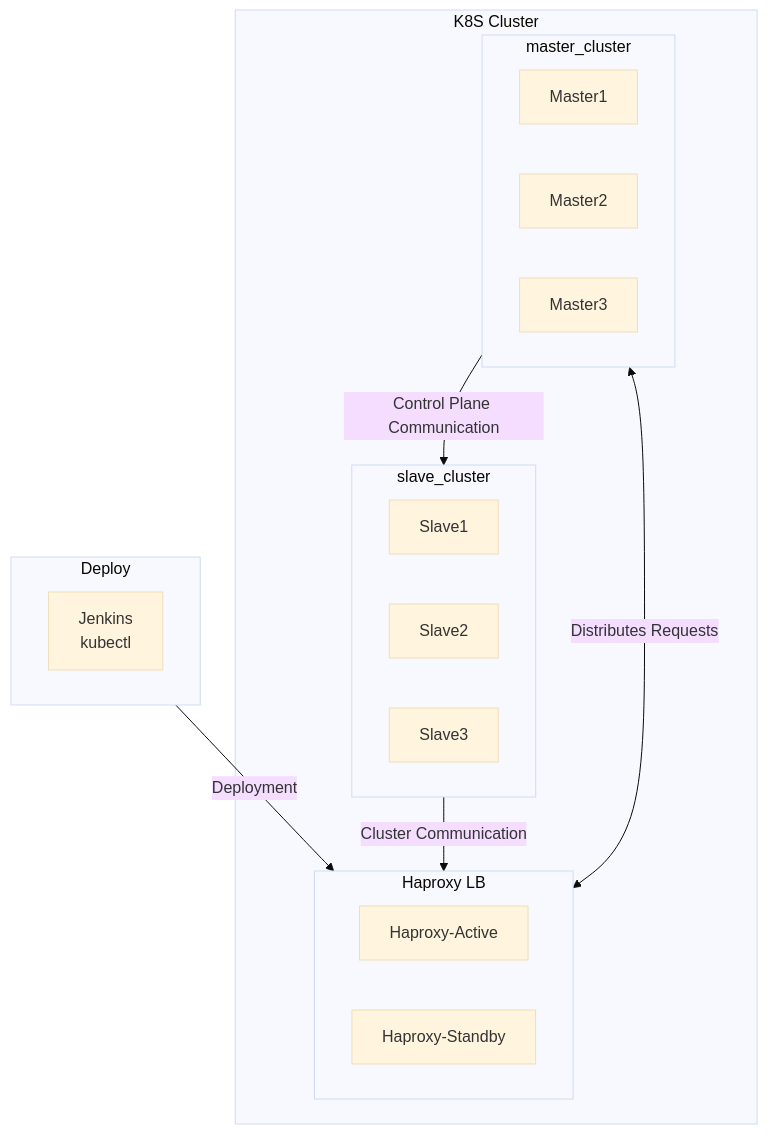
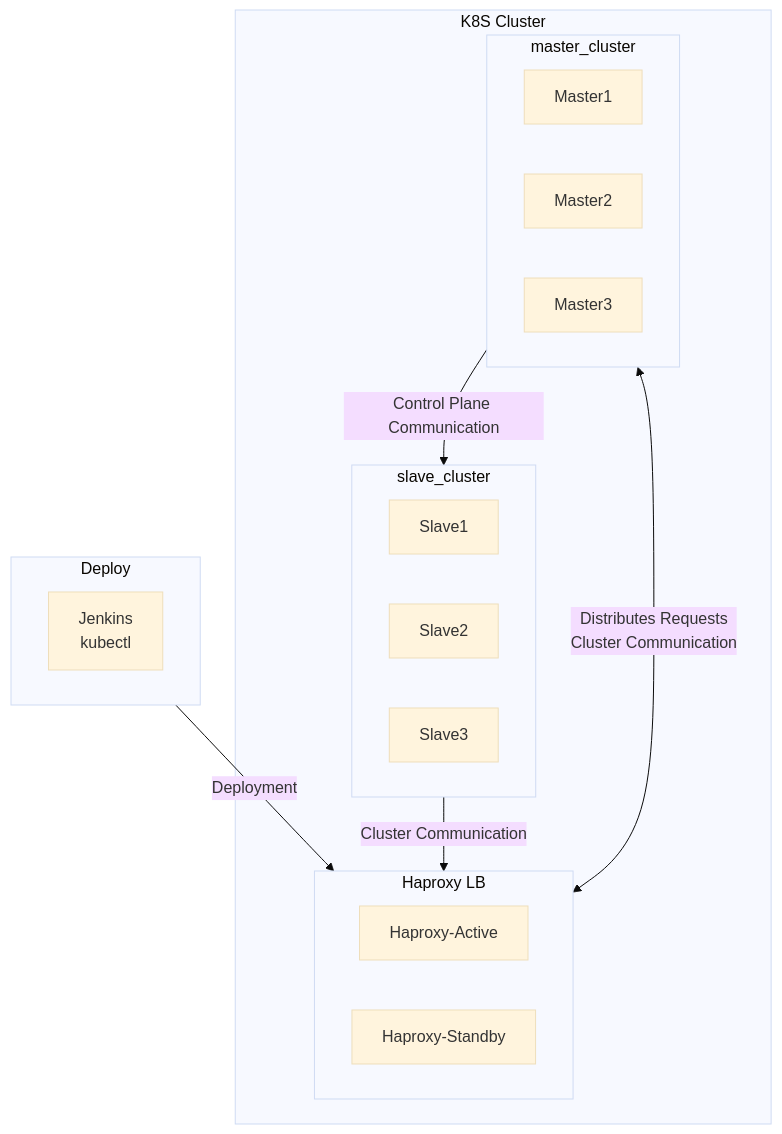
The diagram in rocky9/k8s/README.md (QubitSecurity/howto), drawn with Mermaid (base theme) before and after one commit.

````diff
--- a/rocky9/k8s/README.md
+++ b/rocky9/k8s/README.md
@@ -200,28 +200,28 @@
 ```mermaid
 graph TD
     subgraph "Deploy"
         Jenkins[Jenkins<br>kubectl]
     end
 
     subgraph K8s[K8S Cluster]
         subgraph master[master_cluster]
             Master1
             Master2
             Master3
         end
         subgraph slave[slave_cluster]
             Slave1
             Slave2
             Slave3
         end
         subgraph Haproxy[Haproxy LB]
             Haproxy1[Haproxy-Active]
             Haproxy2[Haproxy-Standby]
         end
     end
 
 Deploy --Deployment--> Haproxy
 slave --Cluster Communication--> Haproxy
-master <--Distributes Requests--> Haproxy
+master <--Distributes Requests <br> Cluster Communication--> Haproxy
 master --Control Plane Communication--> slave
 ```
````
